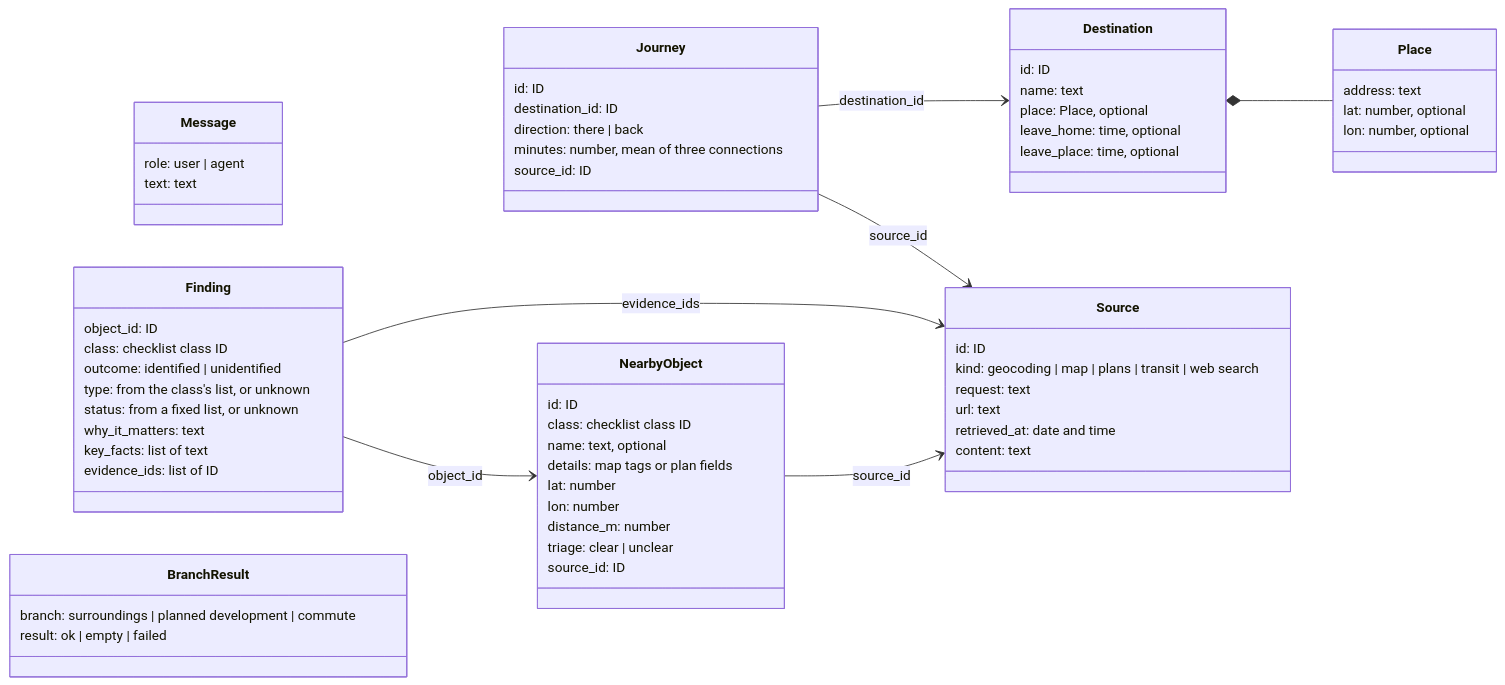
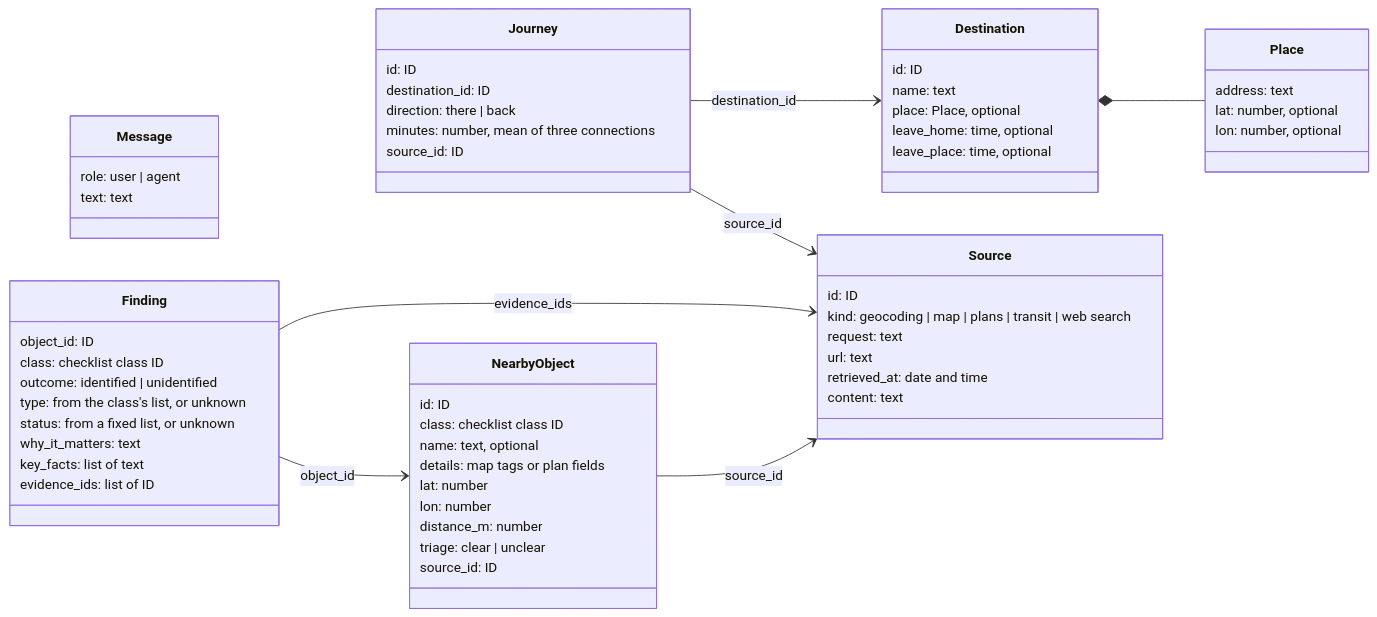
The second of 2 diagrams in docs/architecture.md (avashchenkov/out-of-frame), drawn with Mermaid before and after one commit. The commit also changed other lines of this file, not shown here.

Commit message:
docs: replace branch results with a list of failed sources

````diff
--- a/docs/architecture.md
+++ b/docs/architecture.md
@@ -191,66 +191,62 @@
 ```mermaid
 classDiagram
     direction LR
     class Message {
         role: user | agent
         text: text
     }
     class Place {
         address: text
         lat: number, optional
         lon: number, optional
     }
     class Destination {
         id: ID
         name: text
         place: Place, optional
         leave_home: time, optional
         leave_place: time, optional
     }
     class Source {
         id: ID
         kind: geocoding | map | plans | transit | web search
         request: text
         url: text
         retrieved_at: date and time
         content: text
     }
     class NearbyObject {
         id: ID
         class: checklist class ID
         name: text, optional
         details: map tags or plan fields
         lat: number
         lon: number
         distance_m: number
         triage: clear | unclear
         source_id: ID
     }
     class Finding {
         object_id: ID
         class: checklist class ID
         outcome: identified | unidentified
         type: from the class's list, or unknown
         status: from a fixed list, or unknown
         why_it_matters: text
         key_facts: list of text
         evidence_ids: list of ID
     }
     class Journey {
         id: ID
         destination_id: ID
         direction: there | back
         minutes: number, mean of three connections
         source_id: ID
     }
-    class BranchResult {
-        branch: surroundings | planned development | commute
-        result: ok | empty | failed
-    }
     Destination *-- Place
     NearbyObject --> Source : source_id
     Finding --> NearbyObject : object_id
     Finding --> Source : evidence_ids
     Journey --> Destination : destination_id
     Journey --> Source : source_id
 ```
````
